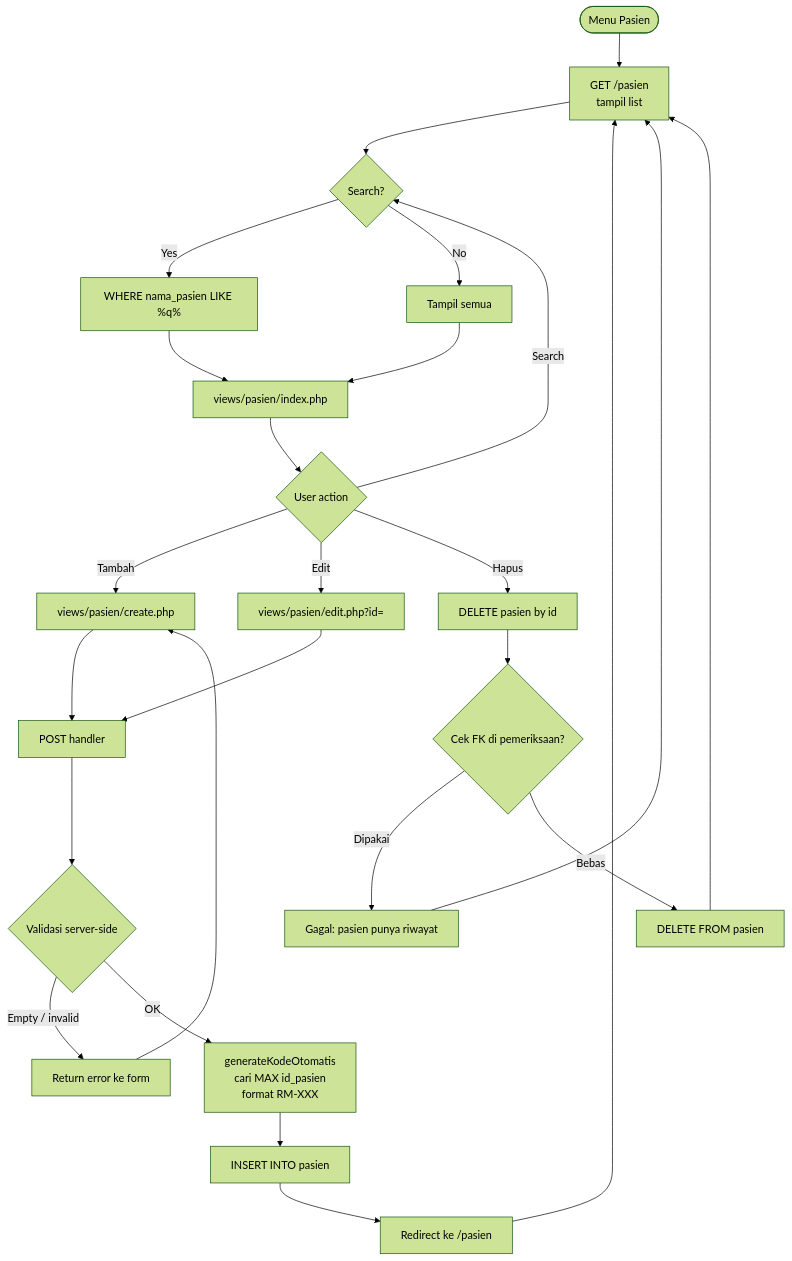
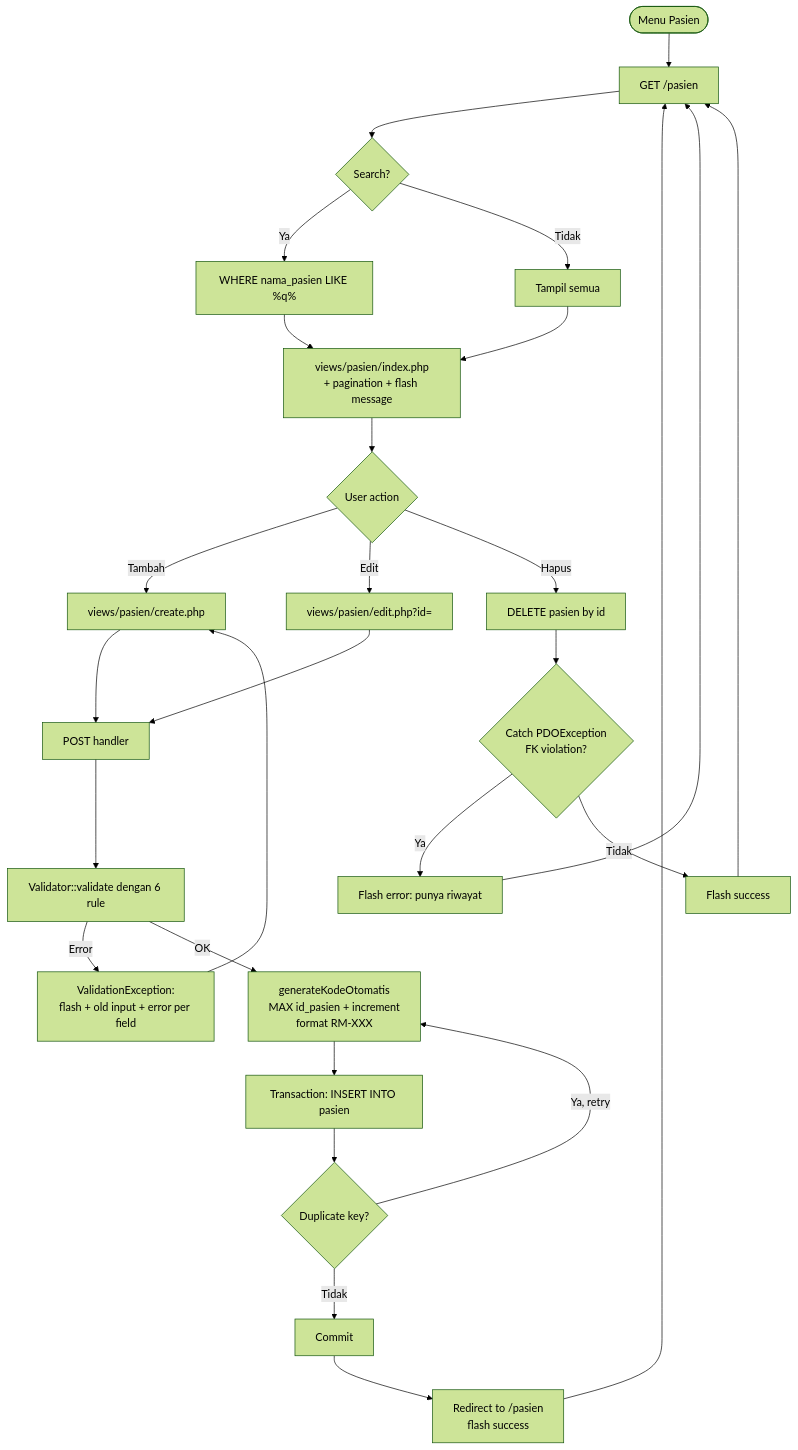
One commit to TudeOrangBiasa/silk-swarakarna-uas changed the third of 13 diagrams in docs/business-logic.md. Above: the diagram before and after it, drawn with Mermaid (forest theme). The commit also changed other lines of this file and 2 other files, not shown here.

First line of the commit message:
docs: rewrite README + architecture + business-logic (Caveman + Humanizer)

````diff
--- a/docs/business-logic.md
+++ b/docs/business-logic.md
@@ -36,31 +51,33 @@
 ```mermaid
 flowchart TD
-    Start([Menu Pasien]) --> List[GET /pasien<br/>tampil list]
+    Start([Menu Pasien]) --> List[GET /pasien]
     List --> Search{Search?}
-    Search -->|Yes| Filter[WHERE nama_pasien LIKE %q%]
-    Search -->|No| All[Tampil semua]
+    Search -->|Ya| Filter[WHERE nama_pasien LIKE %q%]
+    Search -->|Tidak| All[Tampil semua]
     Filter --> ListView
-    All --> ListView[views/pasien/index.php]
+    All --> ListView[views/pasien/index.php<br/>+ pagination + flash message]
     ListView --> Action{User action}
 
     Action -->|Tambah| FormCreate[views/pasien/create.php]
     Action -->|Edit| FormEdit[views/pasien/edit.php?id=]
     Action -->|Hapus| Del[DELETE pasien by id]
-    Action -->|Search| Search
 
     FormCreate --> Submit[POST handler]
     FormEdit --> Submit
-    Submit --> Validate{Validasi server-side}
-    Validate -->|Empty / invalid| Err[Return error ke form]
+    Submit --> Validate[Validator::validate dengan 6 rule ]
+    Validate -->|Error| Err[ValidationException:<br/>flash + old input + error per field]
     Err --> FormCreate
-    Validate -->|OK| GenCode[generateKodeOtomatis<br/>cari MAX id_pasien<br/>format RM-XXX]
-    GenCode --> Insert[INSERT INTO pasien]
-    Insert --> Redirect[Redirect ke /pasien]
+    Validate -->|OK| GenCode[generateKodeOtomatis<br/>MAX id_pasien + increment<br/>format RM-XXX]
+    GenCode --> TryInsert[Transaction: INSERT INTO pasien]
+    TryInsert --> Dup{Duplicate key?}
+    Dup -->|Ya, retry| GenCode
+    Dup -->|Tidak| Insert[Commit]
+    Insert --> Redirect[Redirect to /pasien<br/>flash success]
     Redirect --> List
 
-    Del --> DelCheck{Cek FK di pemeriksaan?}
-    DelCheck -->|Dipakai| DelErr[Gagal: pasien punya riwayat]
-    DelCheck -->|Bebas| DelExec[DELETE FROM pasien]
+    Del --> DelCheck{Catch PDOException<br/>FK violation?}
+    DelCheck -->|Ya| DelErr[Flash error: punya riwayat]
+    DelCheck -->|Tidak| DelOK[Flash success]
     DelErr --> List
-    DelExec --> List
+    DelOK --> List
 ```
````
